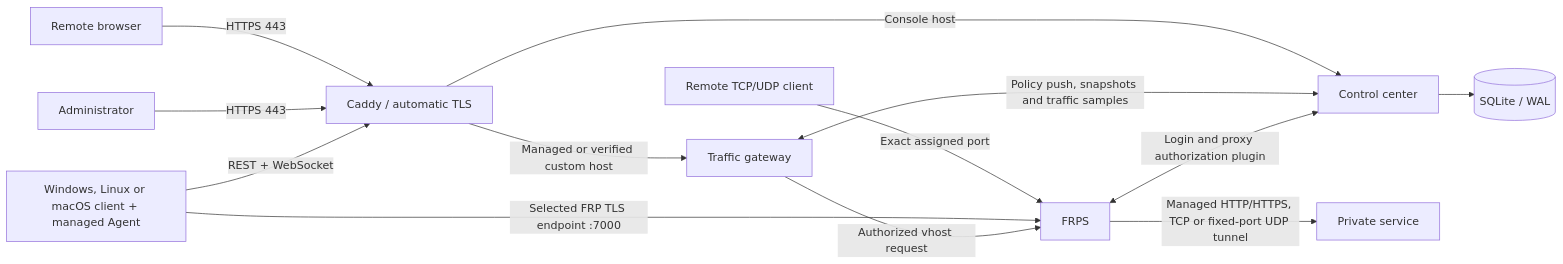
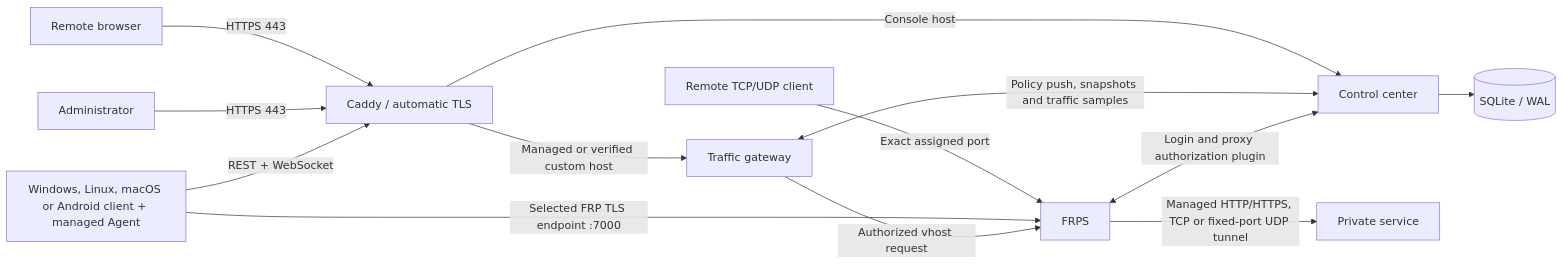
Before and after one commit to ZHanry/home-tunnel-server: the diagram in docs/ARCHITECTURE.md, drawn with Mermaid. The commit also changed other lines of this file and 44 other files, not shown here.

Commit message:
Release 3.2 Android client

````diff
--- a/docs/ARCHITECTURE.md
+++ b/docs/ARCHITECTURE.md
@@ -5,15 +5,15 @@
 ```mermaid
 flowchart LR
     Visitor["Remote browser"] -->|"HTTPS 443"| Caddy["Caddy / automatic TLS"]
     RawClient["Remote TCP/UDP client"] -->|"Exact assigned port"| FRPS
     Admin["Administrator"] -->|"HTTPS 443"| Caddy
-    Client["Windows, Linux or macOS client + managed Agent"] -->|"REST + WebSocket"| Caddy
+    Client["Windows, Linux, macOS or Android client + managed Agent"] -->|"REST + WebSocket"| Caddy
     Client -->|"Selected FRP TLS endpoint :7000"| FRPS["FRPS"]
     Caddy -->|"Console host"| Control["Control center"]
     Caddy -->|"Managed or verified custom host"| Gateway["Traffic gateway"]
     Gateway -->|"Authorized vhost request"| FRPS
     FRPS -->|"Managed HTTP/HTTPS, TCP or fixed-port UDP tunnel"| Local["Private service"]
     Control --> SQLite[("SQLite / WAL")]
     Gateway <-->|"Policy push, snapshots and traffic samples"| Control
     FRPS <-->|"Login and proxy authorization plugin"| Control
 ```
````
